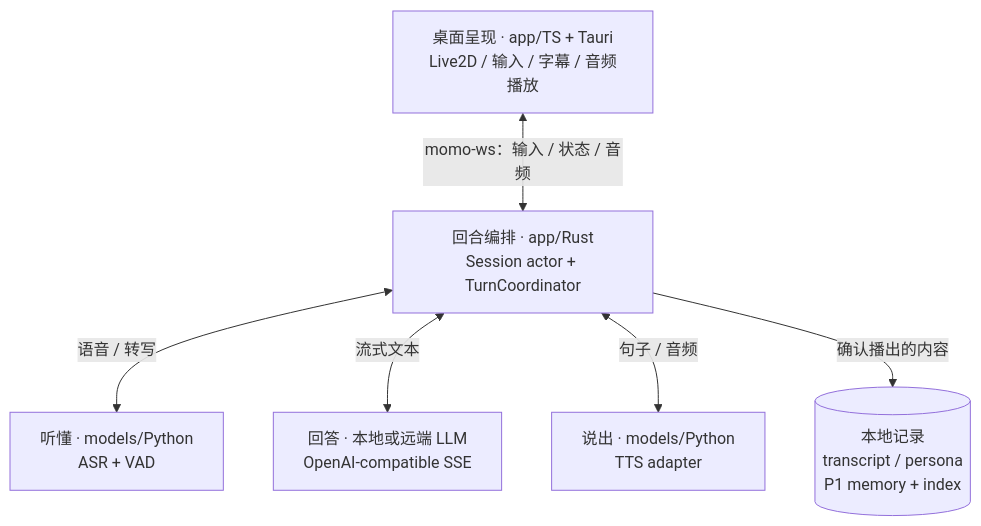
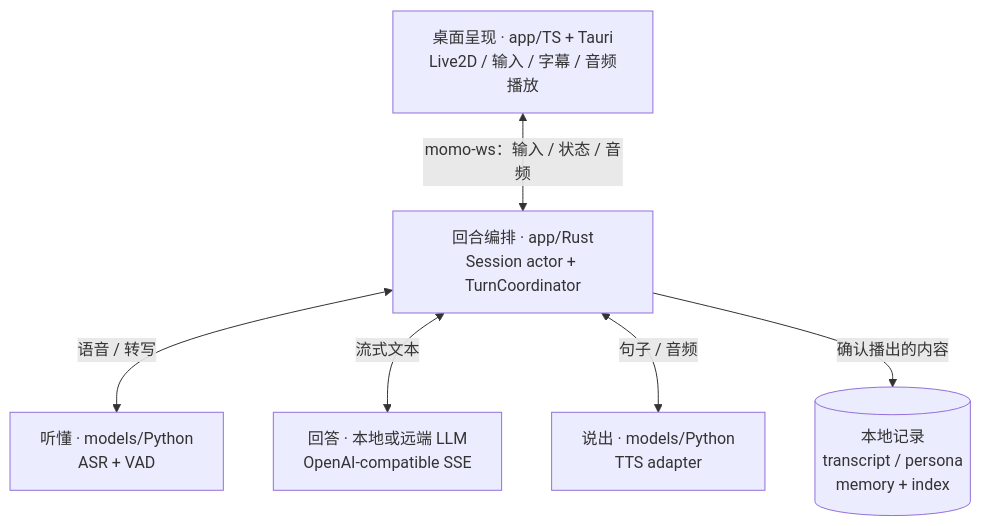
The first of 5 diagrams in docs/01-architecture/system.md (Momoyeyu/momo), drawn with Mermaid before and after one commit. The commit also changed 38 other files, not shown here.

````diff
--- a/docs/01-architecture/system.md
+++ b/docs/01-architecture/system.md
@@ -7,14 +7,14 @@
 ```mermaid
 flowchart TB
     DESK["桌面呈现 · app/TS + Tauri<br/>Live2D / 输入 / 字幕 / 音频播放"]
     TURN["回合编排 · app/Rust<br/>Session actor + TurnCoordinator"]
     ASR["听懂 · models/Python<br/>ASR + VAD"]
     LLM["回答 · 本地或远端 LLM<br/>OpenAI-compatible SSE"]
     TTS["说出 · models/Python<br/>TTS adapter"]
-    DATA[("本地记录<br/>transcript / persona<br/>P1 memory + index")]
+    DATA[("本地记录<br/>transcript / persona<br/>memory + index")]
     DESK <-->|"momo-ws：输入 / 状态 / 音频"| TURN
     TURN <-->|"语音 / 转写"| ASR
     TURN <-->|"流式文本"| LLM
     TURN <-->|"句子 / 音频"| TTS
     TURN -->|"确认播出的内容"| DATA
 ```
````
